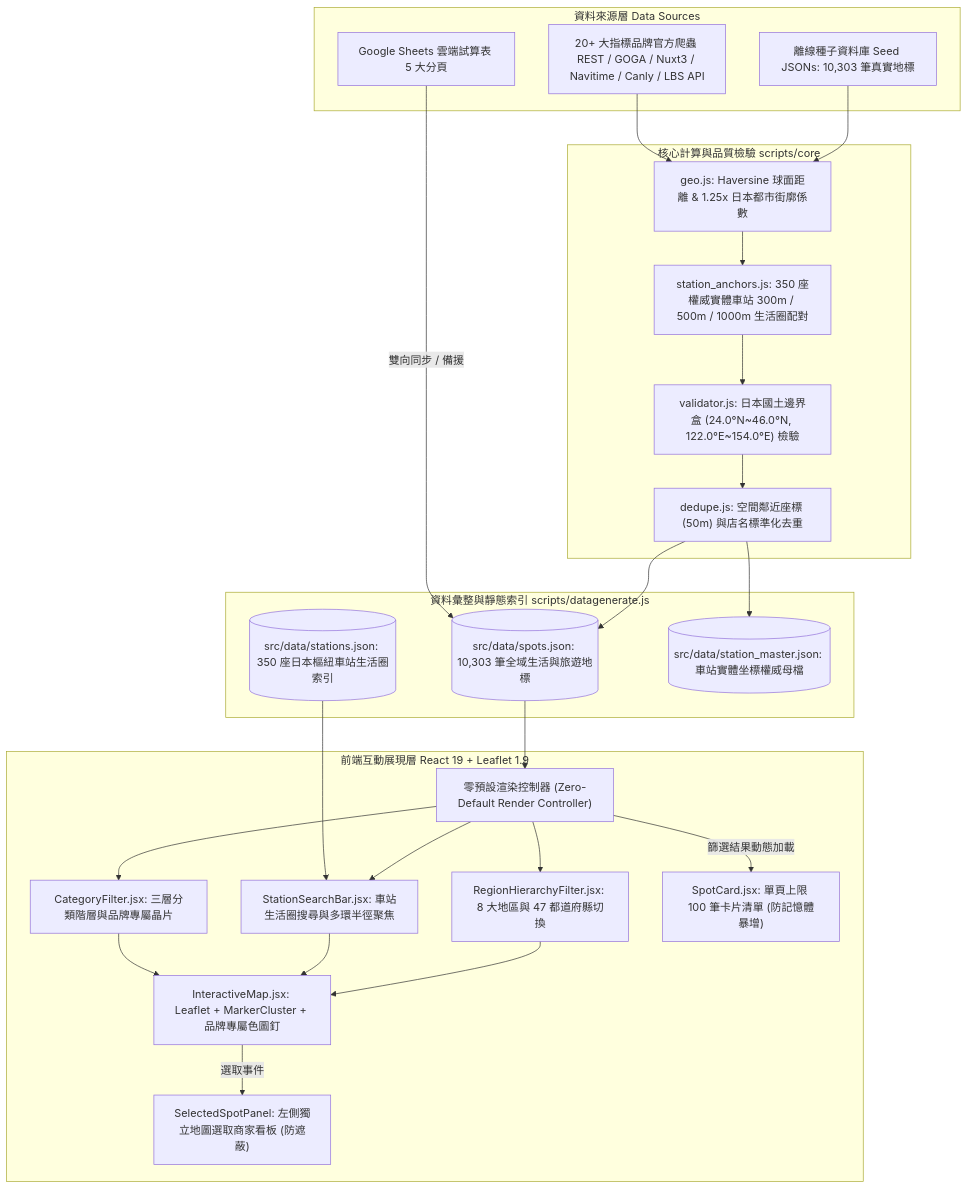
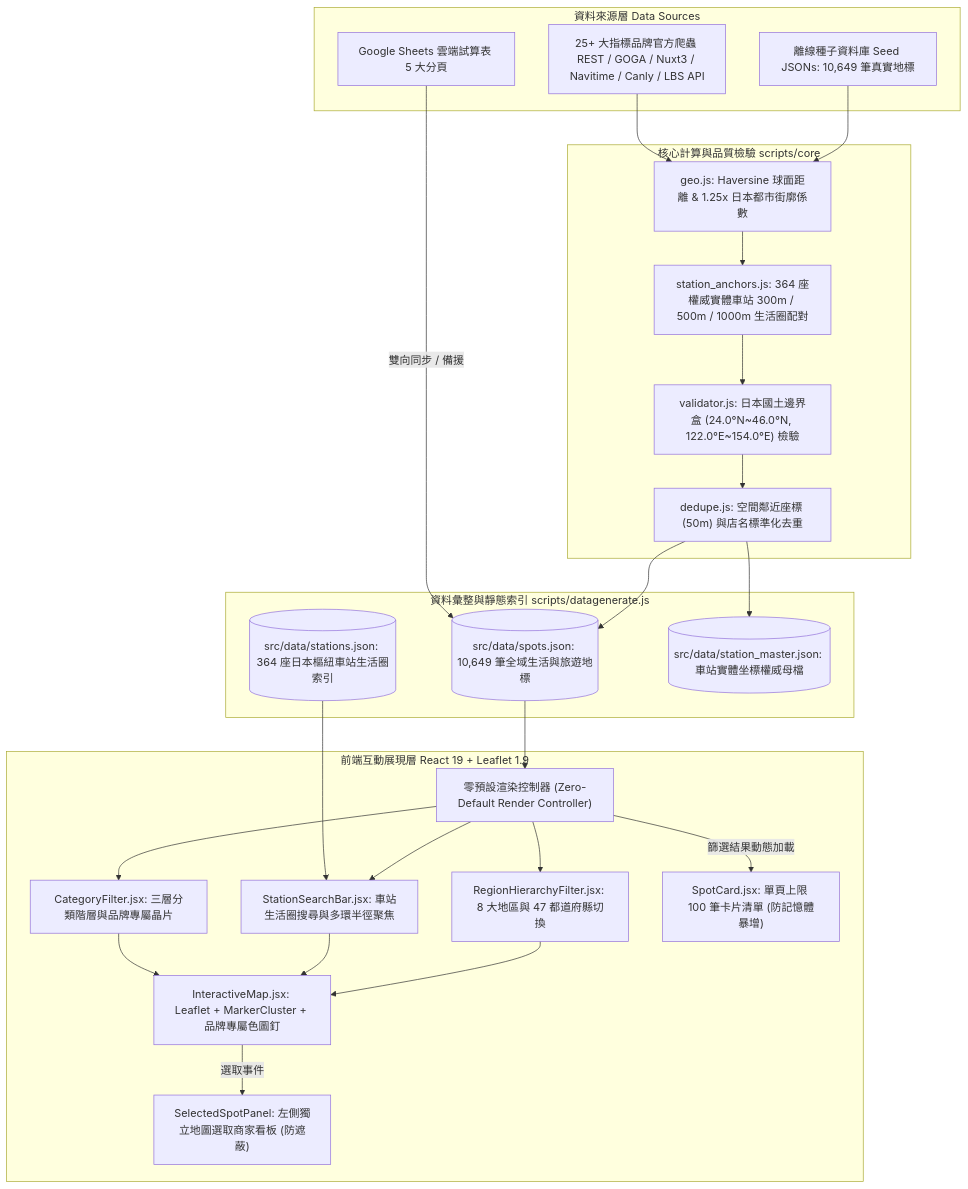
One commit to imhahac/japan-travel-map-guide changed the first of 3 diagrams in docs/ARCHITECTURE.md. Above: the diagram before and after it, drawn with Mermaid. The commit also changed other lines of this file and 20 other files, not shown here.

````diff
--- a/docs/ARCHITECTURE.md
+++ b/docs/ARCHITECTURE.md
@@ -13,50 +13,50 @@
 ```mermaid
 graph TD
     subgraph Data Sources [資料來源層 Data Sources]
         A1[Google Sheets 雲端試算表 5 大分頁]
-        A2[20+ 大指標品牌官方爬蟲 REST / GOGA / Nuxt3 / Navitime / Canly / LBS API]
-        A3[離線種子資料庫 Seed JSONs: 10,303 筆真實地標]
+        A2[25+ 大指標品牌官方爬蟲 REST / GOGA / Nuxt3 / Navitime / Canly / LBS API]
+        A3[離線種子資料庫 Seed JSONs: 10,649 筆真實地標]
     end
 
     subgraph Core Processing [核心計算與品質檢驗 scripts/core]
         B1["geo.js: Haversine 球面距離 & 1.25x 日本都市街廓係數"]
-        B2["station_anchors.js: 350 座權威實體車站 300m / 500m / 1000m 生活圈配對"]
+        B2["station_anchors.js: 364 座權威實體車站 300m / 500m / 1000m 生活圈配對"]
         B3["validator.js: 日本國土邊界盒 (24.0°N~46.0°N, 122.0°E~154.0°E) 檢驗"]
         B4["dedupe.js: 空間鄰近座標 (50m) 與店名標準化去重"]
     end
 
     subgraph Data Aggregator [資料彙整與靜態索引 scripts/datagenerate.js]
-        C1[("src/data/spots.json: 10,303 筆全域生活與旅遊地標")]
-        C2[("src/data/stations.json: 350 座日本樞紐車站生活圈索引")]
+        C1[("src/data/spots.json: 10,649 筆全域生活與旅遊地標")]
+        C2[("src/data/stations.json: 364 座日本樞紐車站生活圈索引")]
         C3[("src/data/station_master.json: 車站實體坐標權威母檔")]
     end
 
     subgraph Presentation Layer [前端互動展現層 React 19 + Leaflet 1.9]
         D1["零預設渲染控制器 (Zero-Default Render Controller)"]
         D2["CategoryFilter.jsx: 三層分類階層與品牌專屬晶片"]
         D3["StationSearchBar.jsx: 車站生活圈搜尋與多環半徑聚焦"]
         D4["RegionHierarchyFilter.jsx: 8 大地區與 47 都道府縣切換"]
         D5["InteractiveMap.jsx: Leaflet + MarkerCluster + 品牌專屬色圖釘"]
         D6["SelectedSpotPanel: 左側獨立地圖選取商家看板 (防遮蔽)"]
         D7["SpotCard.jsx: 單頁上限 100 筆卡片清單 (防記憶體暴增)"]
     end
 
     A1 -->|雙向同步 / 備援| C1
     A2 --> B1
     A3 --> B1
     B1 --> B2
     B2 --> B3
     B3 --> B4
     B4 --> C1
     B4 --> C3
     C1 --> D1
     C2 --> D3
     D1 --> D2
     D1 --> D3
     D1 --> D4
     D2 --> D5
     D3 --> D5
     D4 --> D5
     D5 -->|選取事件| D6
     D1 -->|篩選結果動態加載| D7
 ```
````
